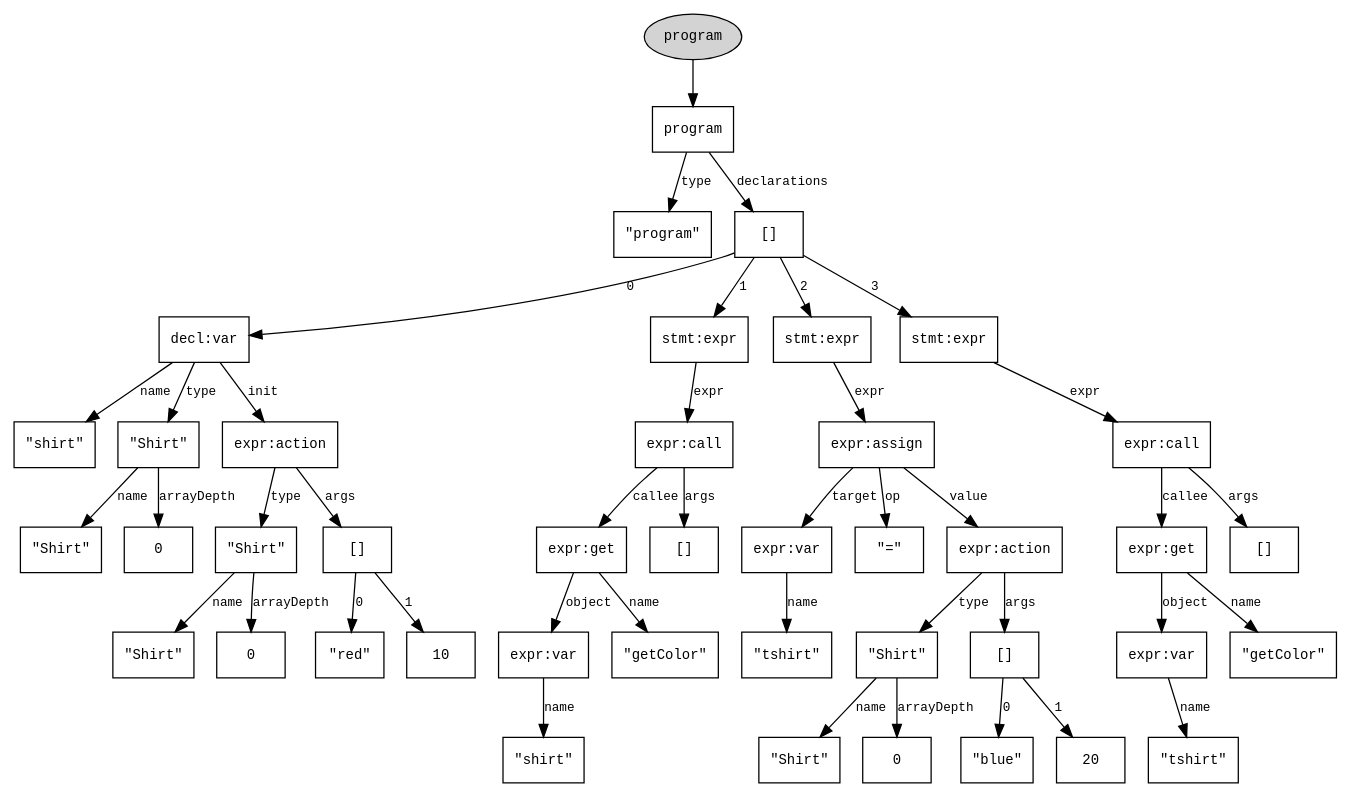
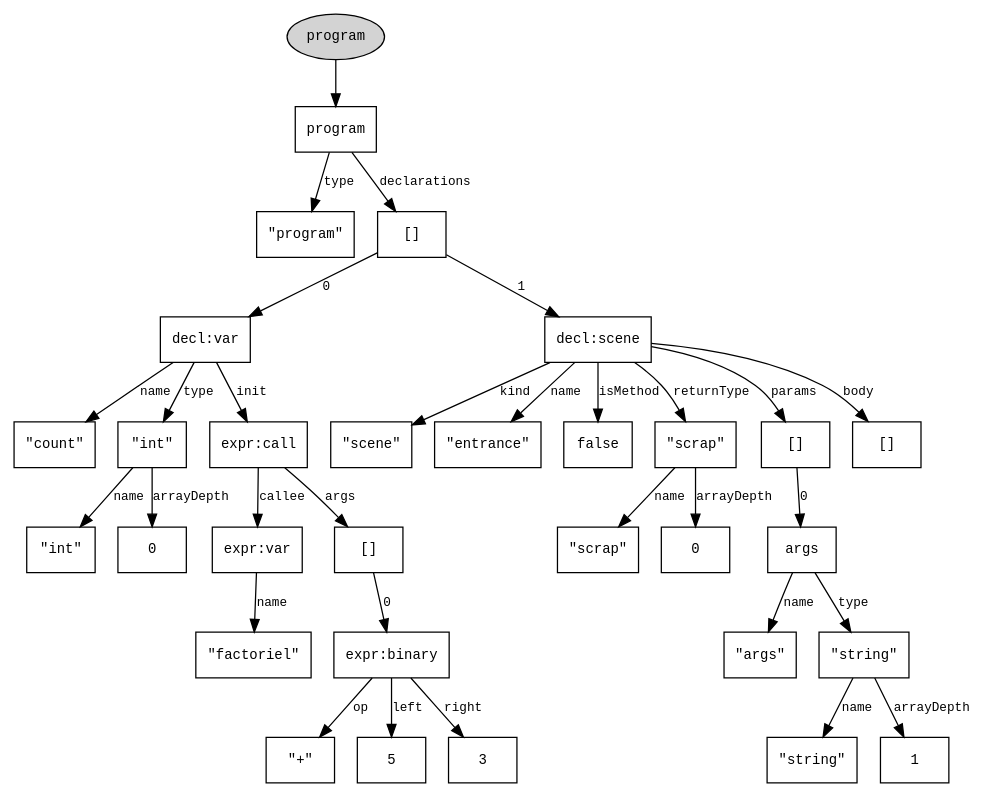
The diagram in ast.dot (LazarBojanic/absolutecinema), drawn with Graphviz before and after one commit. The commit also changed 3 other files, not shown here.

```diff
--- a/ast.dot
+++ b/ast.dot
@@ -1,88 +1,66 @@
 digraph AST {
   node [shape=box, fontname=Courier, fontsize=11];
   edge [fontname=Courier, fontsize=10];
   rankdir=TB;
   n0 [label="program"];
   n1 [label="\"program\""];
   n0 -> n1 [label="type"];
   n2 [label="[]"];
   n3 [label="decl:var"];
-  n4 [label="\"shirt\""];
+  n4 [label="\"count\""];
   n3 -> n4 [label="name"];
-  n5 [label="\"Shirt\""];
-  n6 [label="\"Shirt\""];
+  n5 [label="\"int\""];
+  n6 [label="\"int\""];
   n5 -> n6 [label="name"];
   n7 [label="0"];
   n5 -> n7 [label="arrayDepth"];
   n3 -> n5 [label="type"];
-  n8 [label="expr:action"];
-  n9 [label="\"Shirt\""];
-  n10 [label="\"Shirt\""];
+  n8 [label="expr:call"];
+  n9 [label="expr:var"];
+  n10 [label="\"factoriel\""];
   n9 -> n10 [label="name"];
-  n11 [label="0"];
-  n9 -> n11 [label="arrayDepth"];
-  n8 -> n9 [label="type"];
-  n12 [label="[]"];
-  n13 [label="\"red\""];
-  n12 -> n13 [label="0"];
-  n14 [label="10"];
-  n12 -> n14 [label="1"];
-  n8 -> n12 [label="args"];
+  n8 -> n9 [label="callee"];
+  n11 [label="[]"];
+  n12 [label="expr:binary"];
+  n13 [label="\"+\""];
+  n12 -> n13 [label="op"];
+  n14 [label="5"];
+  n12 -> n14 [label="left"];
+  n15 [label="3"];
+  n12 -> n15 [label="right"];
+  n11 -> n12 [label="0"];
+  n8 -> n11 [label="args"];
   n3 -> n8 [label="init"];
   n2 -> n3 [label="0"];
-  n15 [label="stmt:expr"];
-  n16 [label="expr:call"];
-  n17 [label="expr:get"];
-  n18 [label="expr:var"];
-  n19 [label="\"shirt\""];
-  n18 -> n19 [label="name"];
-  n17 -> n18 [label="object"];
-  n20 [label="\"getColor\""];
-  n17 -> n20 [label="name"];
-  n16 -> n17 [label="callee"];
-  n21 [label="[]"];
-  n16 -> n21 [label="args"];
-  n15 -> n16 [label="expr"];
-  n2 -> n15 [label="1"];
-  n22 [label="stmt:expr"];
-  n23 [label="expr:assign"];
-  n24 [label="expr:var"];
-  n25 [label="\"tshirt\""];
+  n16 [label="decl:scene"];
+  n17 [label="\"scene\""];
+  n16 -> n17 [label="kind"];
+  n18 [label="\"entrance\""];
+  n16 -> n18 [label="name"];
+  n19 [label="false"];
+  n16 -> n19 [label="isMethod"];
+  n20 [label="\"scrap\""];
+  n21 [label="\"scrap\""];
+  n20 -> n21 [label="name"];
+  n22 [label="0"];
+  n20 -> n22 [label="arrayDepth"];
+  n16 -> n20 [label="returnType"];
+  n23 [label="[]"];
+  n24 [label="args"];
+  n25 [label="\"args\""];
   n24 -> n25 [label="name"];
-  n23 -> n24 [label="target"];
-  n26 [label="\"=\""];
-  n23 -> n26 [label="op"];
-  n27 [label="expr:action"];
-  n28 [label="\"Shirt\""];
-  n29 [label="\"Shirt\""];
-  n28 -> n29 [label="name"];
-  n30 [label="0"];
-  n28 -> n30 [label="arrayDepth"];
-  n27 -> n28 [label="type"];
-  n31 [label="[]"];
-  n32 [label="\"blue\""];
-  n31 -> n32 [label="0"];
-  n33 [label="20"];
-  n31 -> n33 [label="1"];
-  n27 -> n31 [label="args"];
-  n23 -> n27 [label="value"];
-  n22 -> n23 [label="expr"];
-  n2 -> n22 [label="2"];
-  n34 [label="stmt:expr"];
-  n35 [label="expr:call"];
-  n36 [label="expr:get"];
-  n37 [label="expr:var"];
-  n38 [label="\"tshirt\""];
-  n37 -> n38 [label="name"];
-  n36 -> n37 [label="object"];
-  n39 [label="\"getColor\""];
-  n36 -> n39 [label="name"];
-  n35 -> n36 [label="callee"];
-  n40 [label="[]"];
-  n35 -> n40 [label="args"];
-  n34 -> n35 [label="expr"];
-  n2 -> n34 [label="3"];
+  n26 [label="\"string\""];
+  n27 [label="\"string\""];
+  n26 -> n27 [label="name"];
+  n28 [label="1"];
+  n26 -> n28 [label="arrayDepth"];
+  n24 -> n26 [label="type"];
+  n23 -> n24 [label="0"];
+  n16 -> n23 [label="params"];
+  n29 [label="[]"];
+  n16 -> n29 [label="body"];
+  n2 -> n16 [label="1"];
   n0 -> n2 [label="declarations"];
   root [label="program", shape=oval, style=filled, fillcolor=lightgray];
   root -> n0;
 }
```
